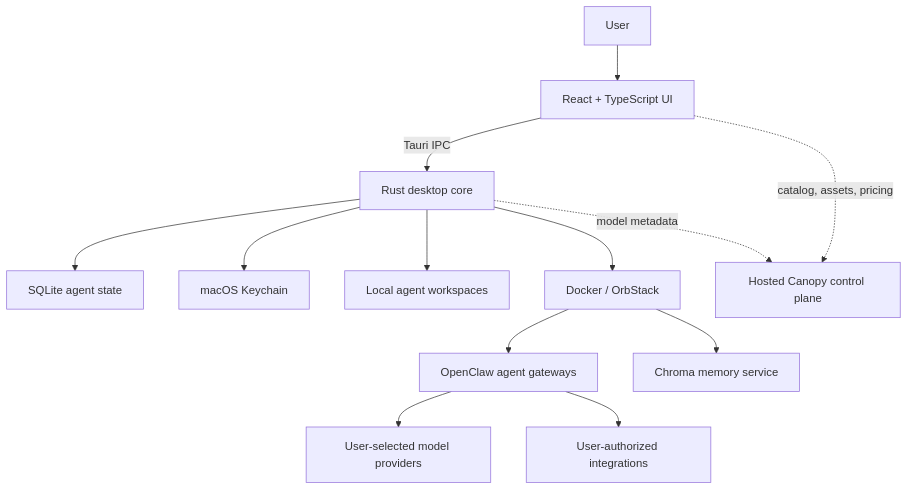
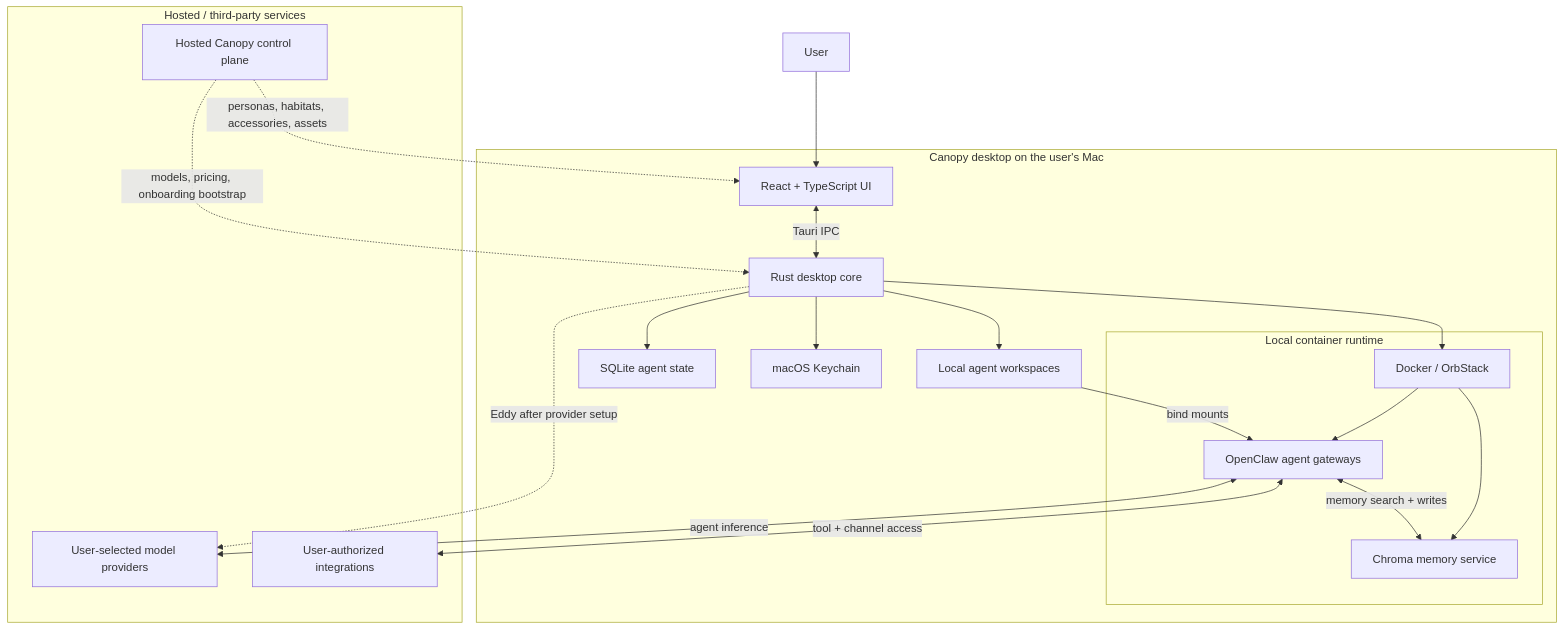
One commit to ScottieR/canopy changed the diagram in README.md. Above: the diagram before and after it, drawn with Mermaid. The commit also changed other lines of this file and 1 other file, not shown here.

Commit message:
docs: refresh architecture diagram

````diff
--- a/README.md
+++ b/README.md
@@ -39,18 +41,39 @@
 ```mermaid
 flowchart TD
-    User["User"] --> UI["React + TypeScript UI"]
-    UI -->|"Tauri IPC"| Core["Rust desktop core"]
+    User["User"] --> UI
 
-    Core --> DB["SQLite agent state"]
-    Core --> Keychain["macOS Keychain"]
-    Core --> Workspaces["Local agent workspaces"]
-    Core --> Docker["Docker / OrbStack"]
+    subgraph Mac["Canopy desktop on the user's Mac"]
+        UI["React + TypeScript UI"]
+        Core["Rust desktop core"]
+        DB["SQLite agent state"]
+        Keychain["macOS Keychain"]
+        Workspaces["Local agent workspaces"]
 
-    Docker --> Gateway["OpenClaw agent gateways"]
-    Docker --> Memory["Chroma memory service"]
-    Gateway --> Providers["User-selected model providers"]
-    Gateway --> Integrations["User-authorized integrations"]
+        subgraph LocalRuntime["Local container runtime"]
+            Docker["Docker / OrbStack"]
+            Gateway["OpenClaw agent gateways"]
+            Memory["Chroma memory service"]
+        end
+    end
 
-    UI -. "catalog, assets, pricing" .-> Admin["Hosted Canopy control plane"]
-    Core -. "model metadata" .-> Admin
+    subgraph Cloud["Hosted / third-party services"]
+        Admin["Hosted Canopy control plane"]
+        Providers["User-selected model providers"]
+        Integrations["User-authorized integrations"]
+    end
+
+    UI <-->|"Tauri IPC"| Core
+    Core --> DB
+    Core --> Keychain
+    Core --> Workspaces
+    Core --> Docker
+    Docker --> Gateway
+    Docker --> Memory
+    Workspaces -->|"bind mounts"| Gateway
+    Gateway <-->|"memory search + writes"| Memory
+    Gateway <-->|"agent inference"| Providers
+    Gateway <-->|"tool + channel access"| Integrations
+    Admin -. "personas, habitats, accessories, assets" .-> UI
+    Admin -. "models, pricing, onboarding bootstrap" .-> Core
+    Core -. "Eddy after provider setup" .-> Providers
 ```
````
